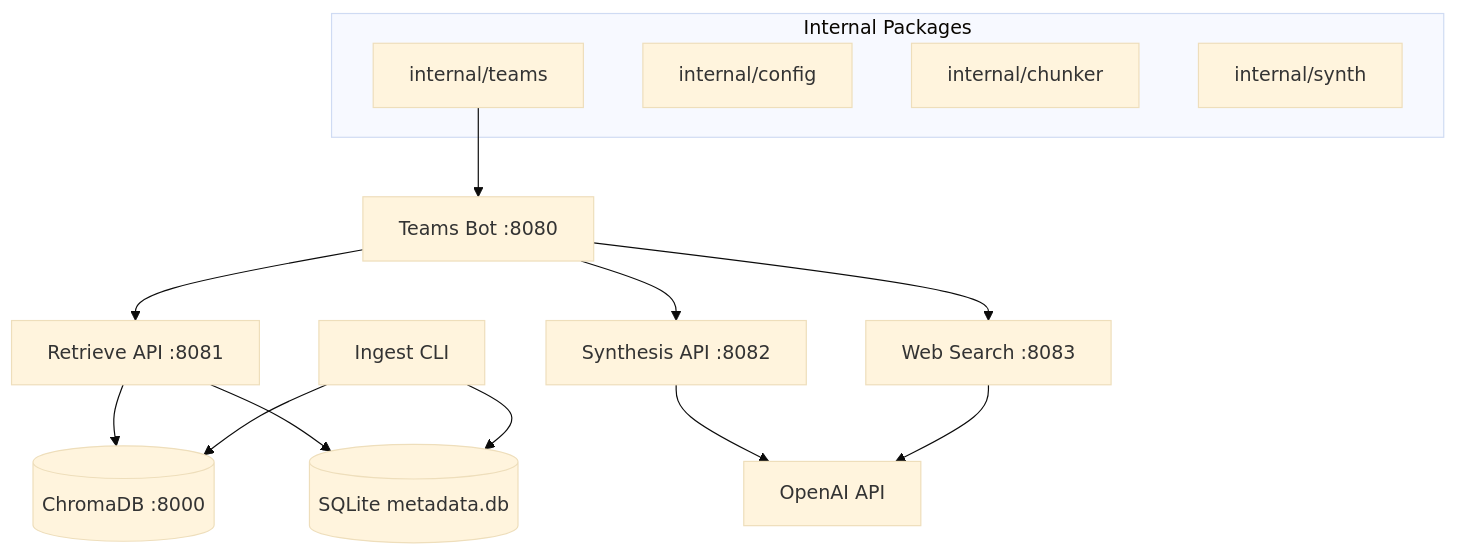
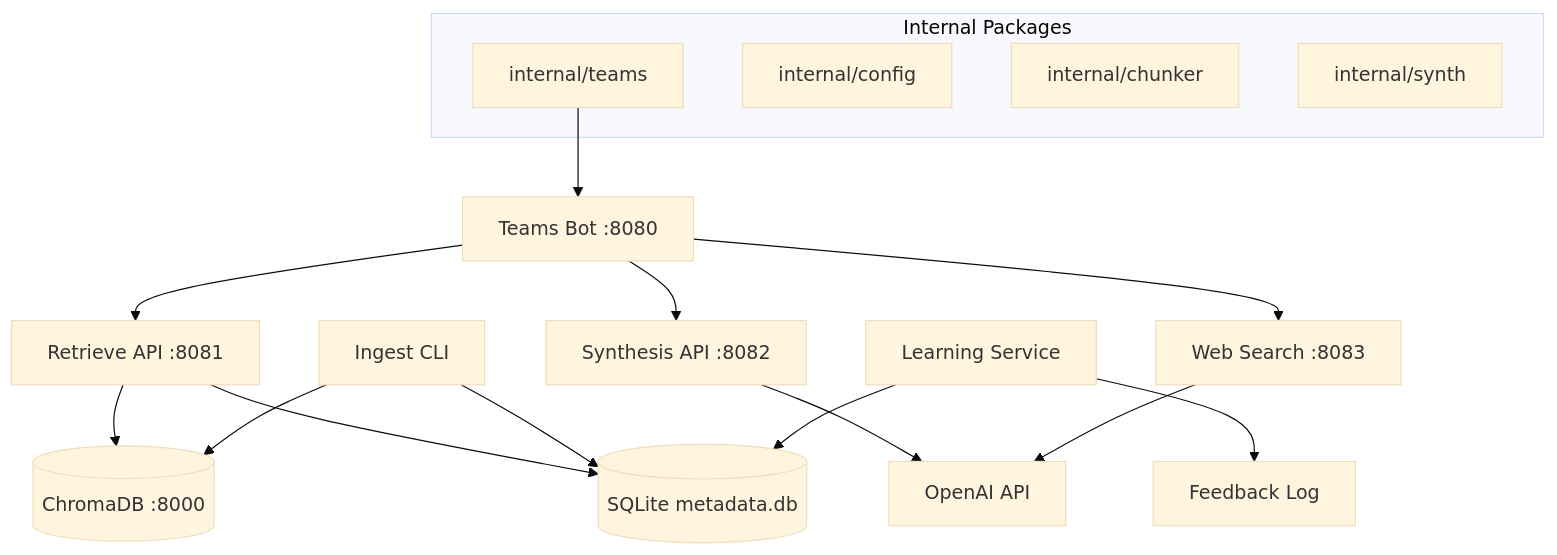
Before and after one commit to davidahmann/ai-sa-assistant: the diagram in README.md, drawn with Mermaid (base theme). The commit also changed other lines of this file and 5 other files, not shown here.

First line of the commit message:
feat: polish codebase, fix tests, and add learning service

````diff
--- a/README.md
+++ b/README.md
@@ -208,23 +25,26 @@
 ```mermaid
 graph TD
     Teams[Microsoft Teams] --> TeamsBot[Teams Bot :8080]
     TeamsBot --> Retrieve[Retrieve API :8081]
     TeamsBot --> WebSearch[Web Search :8083]
     TeamsBot --> Synthesize[Synthesis API :8082]
 
     Retrieve --> ChromaDB[(ChromaDB :8000)]
     Retrieve --> SQLite[(SQLite metadata.db)]
 
     Synthesize --> OpenAI[OpenAI API]
     WebSearch --> OpenAI
 
     Ingest[Ingest CLI] --> ChromaDB
     Ingest --> SQLite
+    
+    Learning[Learning Service] --> FeedbackLog[Feedback Log]
+    Learning --> SQLite
 
     subgraph "Internal Packages"
         Config[internal/config]
         Chunker[internal/chunker]
         Teams[internal/teams]
         Synth[internal/synth]
     end
 ```
````
